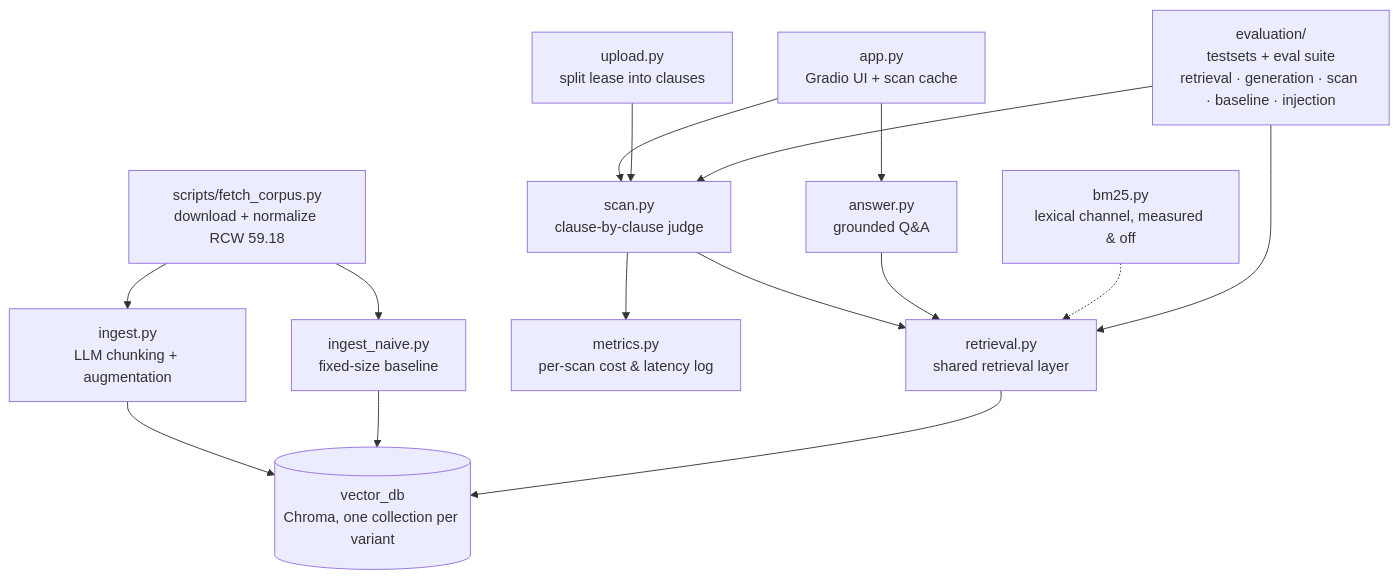
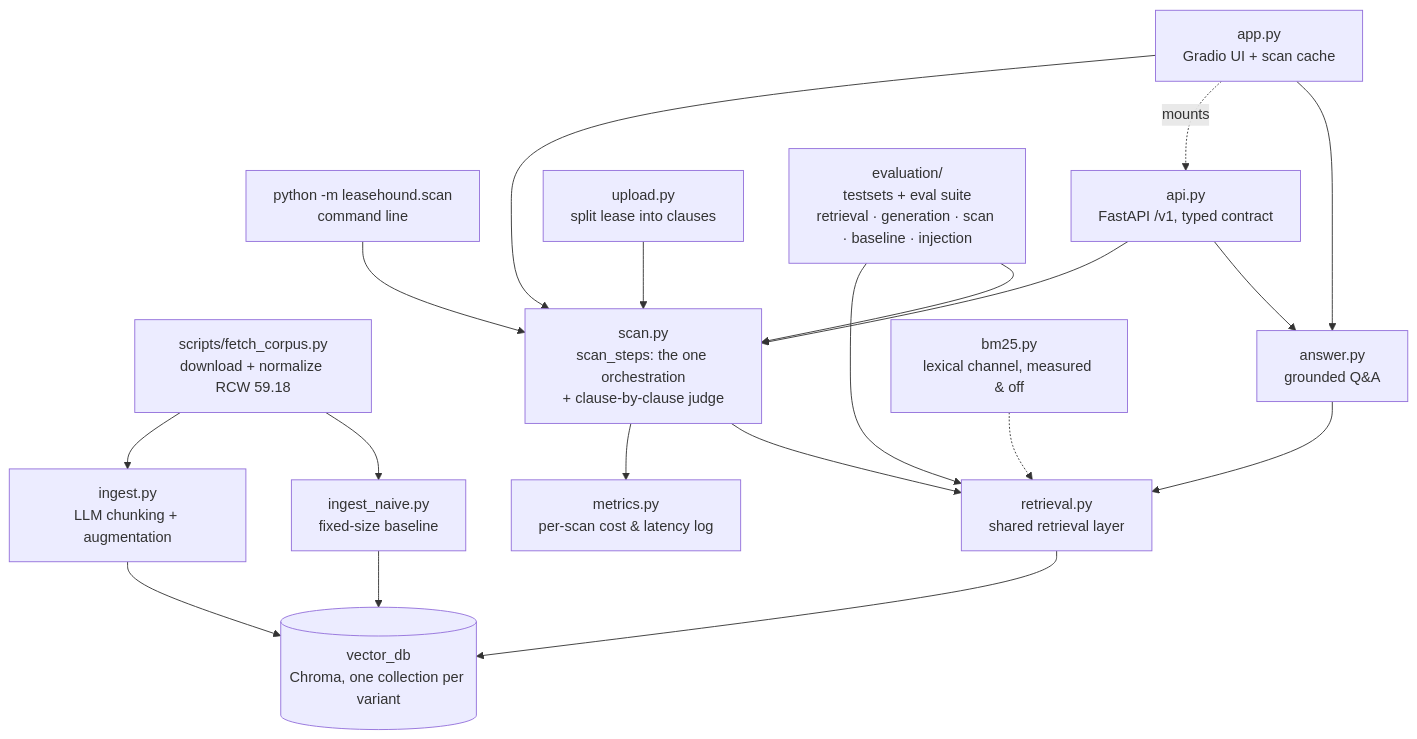
The diagram in README.md (tywangq/leasehound), drawn with Mermaid before and after one commit. The commit also changed other lines of this file and 6 other files, not shown here.

````diff
--- a/README.md
+++ b/README.md
@@ -45,18 +45,22 @@
 ```mermaid
 graph TD
     FETCH["scripts/fetch_corpus.py<br>download + normalize RCW 59.18"] --> INGEST["ingest.py<br>LLM chunking + augmentation"]
     FETCH --> NAIVE["ingest_naive.py<br>fixed-size baseline"]
     INGEST --> DB[("vector_db<br>Chroma, one collection per variant")]
     NAIVE --> DB
 
-    APP["app.py<br>Gradio UI + scan cache"] --> SCAN["scan.py<br>clause-by-clause judge"]
+    CLI["python -m leasehound.scan<br>command line"] --> SCAN["scan.py<br>scan_steps: the one orchestration<br>+ clause-by-clause judge"]
+    APP["app.py<br>Gradio UI + scan cache"] --> SCAN
+    API["api.py<br>FastAPI /v1, typed contract"] --> SCAN
+    APP -.->|mounts| API
     APP --> ANSWER["answer.py<br>grounded Q&A"]
+    API --> ANSWER
     UPLOAD["upload.py<br>split lease into clauses"] --> SCAN
     SCAN --> METRICS["metrics.py<br>per-scan cost & latency log"]
     SCAN --> RETRIEVAL["retrieval.py<br>shared retrieval layer"]
     ANSWER --> RETRIEVAL
     BM25["bm25.py<br>lexical channel, measured & off"] -.-> RETRIEVAL
     EVAL["evaluation/<br>testsets + eval suite<br>retrieval · generation · scan · baseline · injection"] --> RETRIEVAL
     EVAL --> SCAN
     RETRIEVAL --> DB
 ```
````
